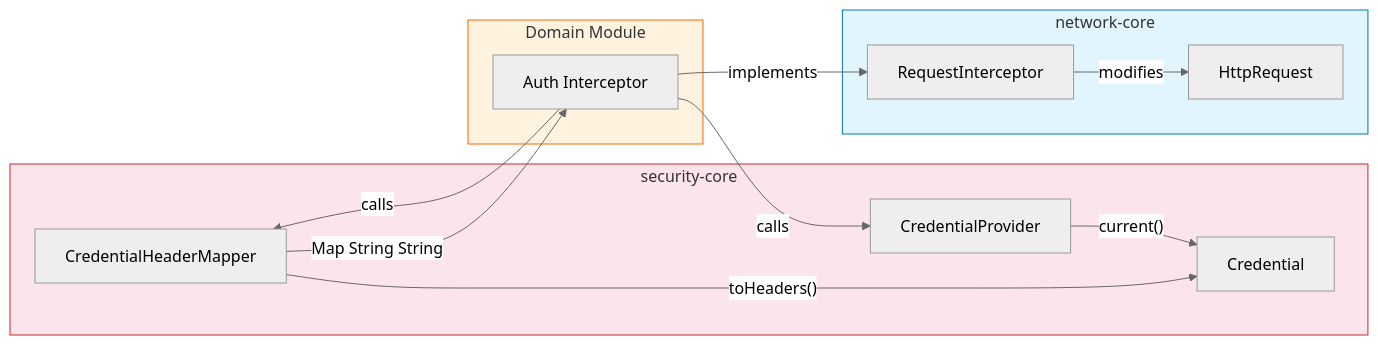
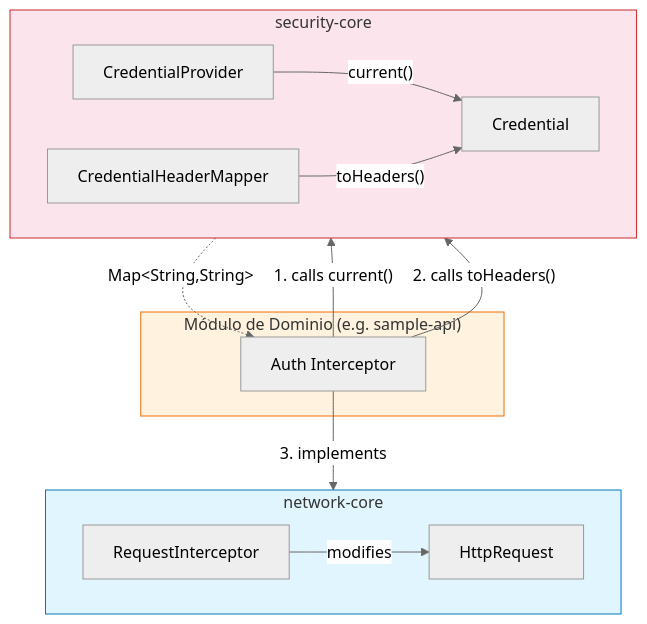
Before and after one commit to DanCrRdz93/core-data-platform: the diagram in docs/diagrams/mmd/06-cross-module-integration.mmd, drawn with Mermaid (neutral theme). The commit also changed 18 other files, not shown here.

Commit message:
upgrade diagrams

```diff
--- a/docs/diagrams/mmd/06-cross-module-integration.mmd
+++ b/docs/diagrams/mmd/06-cross-module-integration.mmd
@@ -1,27 +1,29 @@
-graph LR
-    subgraph sc["security-core"]
+graph TD
+    subgraph security-core["security-core"]
+        direction LR
         CP["CredentialProvider"]
         CHM["CredentialHeaderMapper"]
         CR["Credential"]
         CP -->|"current()"| CR
         CHM -->|"toHeaders()"| CR
     end
 
-    subgraph nc["network-core"]
+    subgraph consumer["Módulo de Dominio (e.g. sample-api)"]
+        AI["Auth Interceptor"]
+    end
+
+    subgraph network-core["network-core"]
+        direction LR
         RI["RequestInterceptor"]
         HR["HttpRequest"]
         RI -->|"modifies"| HR
     end
 
-    subgraph consumer["Domain Module"]
-        AI["Auth Interceptor"]
-        AI -->|"calls"| CP
-        AI -->|"calls"| CHM
-        AI -->|"implements"| RI
-    end
+    AI -->|"1. calls current()"| CP
+    AI -->|"2. calls toHeaders()"| CHM
+    CHM -.->|"Map&lt;String,String&gt;"| AI
+    AI -->|"3. implements"| RI
 
-    CHM -->|"Map String String"| AI
-
-    style sc fill:#fce4ec,stroke:#c62828
-    style nc fill:#e1f5fe,stroke:#0277bd
+    style security-core fill:#fce4ec,stroke:#c62828
+    style network-core fill:#e1f5fe,stroke:#0277bd
     style consumer fill:#fff3e0,stroke:#ef6c00
```
